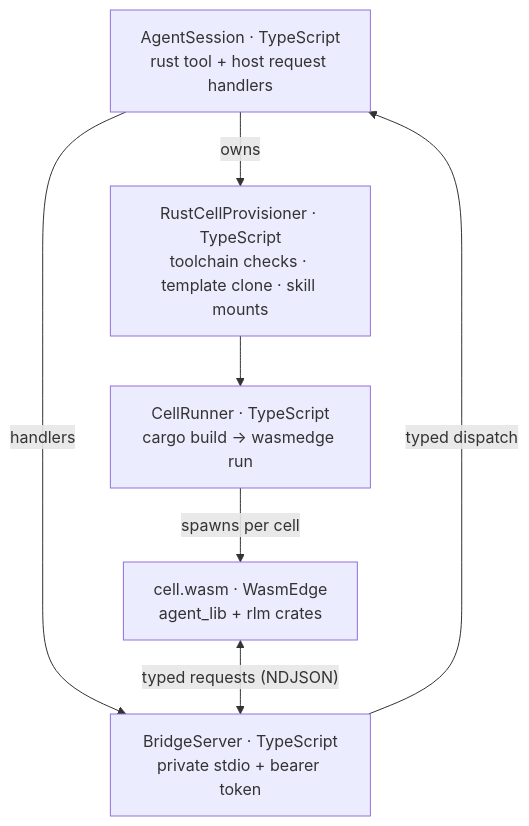
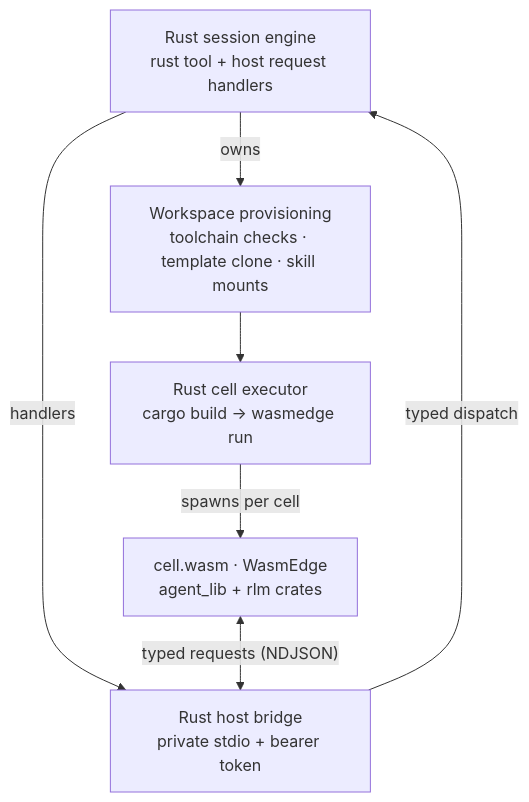
Before and after one commit to second-state/wasmedge-agent: the first of 2 diagrams in packages/coding-agent/docs/rlm-runtime.md, drawn with Mermaid. The commit also changed other lines of this file and 1238 other files, not shown here.

````diff
--- a/packages/coding-agent/docs/rlm-runtime.md
+++ b/packages/coding-agent/docs/rlm-runtime.md
@@ -7,14 +7,14 @@
 ```mermaid
 flowchart TD
-    session["AgentSession · TypeScript<br/>rust tool + host request handlers"]
-    provisioner["RustCellProvisioner · TypeScript<br/>toolchain checks · template clone · skill mounts"]
-    runner["CellRunner · TypeScript<br/>cargo build → wasmedge run"]
-    bridge["BridgeServer · TypeScript<br/>private stdio + bearer token"]
+    session["Rust session engine<br/>rust tool + host request handlers"]
+    provisioner["Workspace provisioning<br/>toolchain checks · template clone · skill mounts"]
+    runner["Rust cell executor<br/>cargo build → wasmedge run"]
+    bridge["Rust host bridge<br/>private stdio + bearer token"]
     cell["cell.wasm · WasmEdge<br/>agent_lib + rlm crates"]
 
     session -->|"owns"| provisioner --> runner
     session -->|"handlers"| bridge
     runner -->|"spawns per cell"| cell
     cell <-->|"typed requests (NDJSON)"| bridge
     bridge -->|"typed dispatch"| session
 ```
````
